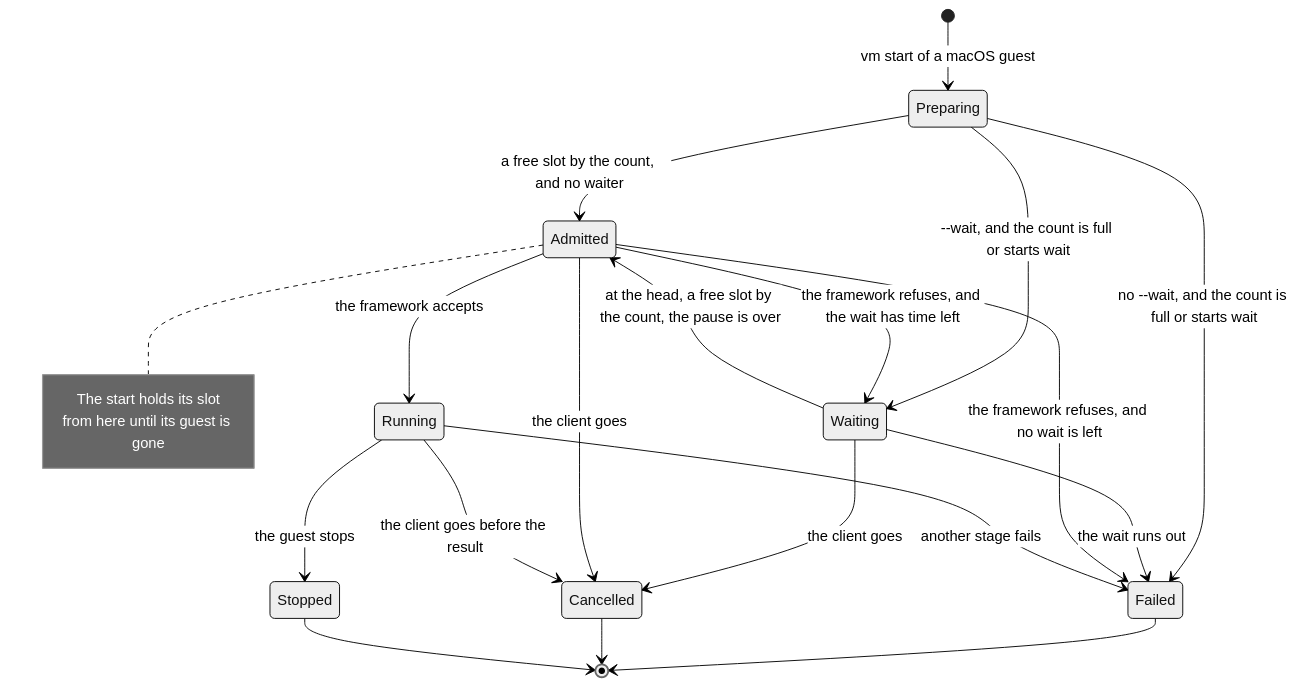
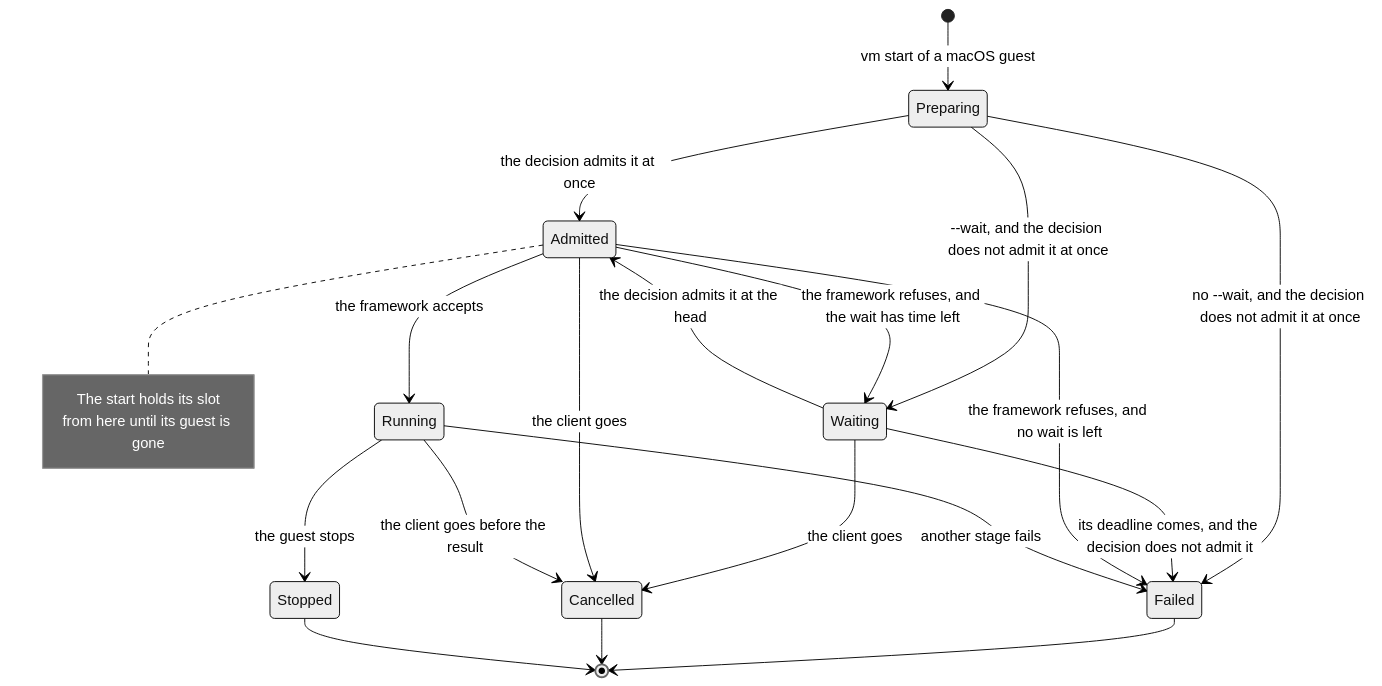
The second of 7 diagrams in docs/specs/admission-queue.md (Linkuistics/TestAnyware), drawn with Mermaid (neutral theme) before and after one commit. The commit also changed other lines of this file and 9 other files, not shown here.

````diff
--- a/docs/specs/admission-queue.md
+++ b/docs/specs/admission-queue.md
@@ -172,25 +177,25 @@
 ```mermaid
 stateDiagram-v2
   direction TB
   [*] --> Preparing: vm start of a macOS guest
-  Preparing --> Admitted: a free slot by the count, and no waiter
-  Preparing --> Waiting: --wait, and the count is full or starts wait
-  Preparing --> Failed: no --wait, and the count is full or starts wait
-  Waiting --> Admitted: at the head, a free slot by the count, the pause is over
-  Waiting --> Failed: the wait runs out
+  Preparing --> Admitted: the decision admits it at once
+  Preparing --> Waiting: --wait, and the decision does not admit it at once
+  Preparing --> Failed: no --wait, and the decision does not admit it at once
+  Waiting --> Admitted: the decision admits it at the head
+  Waiting --> Failed: its deadline comes, and the decision does not admit it
   Waiting --> Cancelled: the client goes
   Admitted --> Running: the framework accepts
   Admitted --> Waiting: the framework refuses, and the wait has time left
   Admitted --> Failed: the framework refuses, and no wait is left
   Admitted --> Cancelled: the client goes
   Running --> Failed: another stage fails
   Running --> Cancelled: the client goes before the result
   Running --> Stopped: the guest stops
   Failed --> [*]
   Cancelled --> [*]
   Stopped --> [*]
   note right of Admitted
     The start holds its slot
     from here until its guest is gone
   end note
 ```
````
